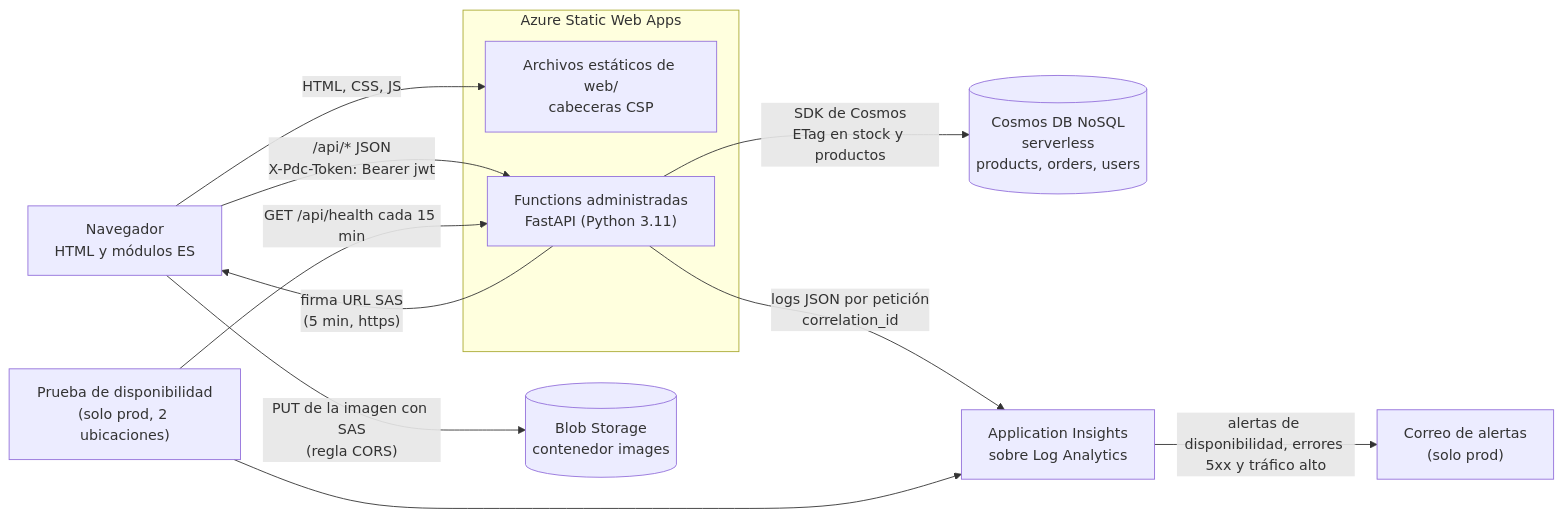
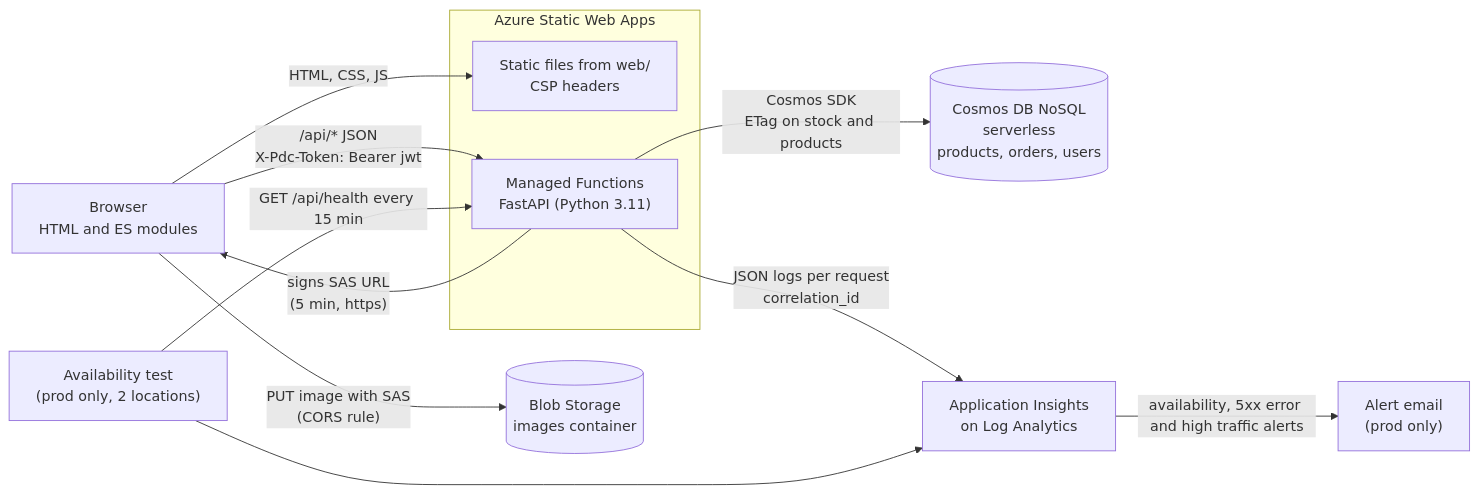
The first of 2 diagrams in docs/diagramas/architecture.md (Andr3xDev/migas-en-la-nube), drawn with Mermaid before and after one commit. The commit also changed other lines of this file and 11 other files, not shown here.

Commit message:
docs: translate diagrams to English

````diff
--- a/docs/diagramas/architecture.md
+++ b/docs/diagramas/architecture.md
@@ -5,23 +5,23 @@
 ```mermaid
 flowchart LR
-    Browser["Navegador<br/>HTML y módulos ES"]
+    Browser["Browser<br/>HTML and ES modules"]
     subgraph SWA["Azure Static Web Apps"]
-        Static["Archivos estáticos de web/<br/>cabeceras CSP"]
-        Func["Functions administradas<br/>FastAPI (Python 3.11)"]
+        Static["Static files from web/<br/>CSP headers"]
+        Func["Managed Functions<br/>FastAPI (Python 3.11)"]
     end
     Cosmos[("Cosmos DB NoSQL<br/>serverless<br/>products, orders, users")]
-    Blob[("Blob Storage<br/>contenedor images")]
-    AI["Application Insights<br/>sobre Log Analytics"]
-    Probe["Prueba de disponibilidad<br/>(solo prod, 2 ubicaciones)"]
-    Mail["Correo de alertas<br/>(solo prod)"]
+    Blob[("Blob Storage<br/>images container")]
+    AI["Application Insights<br/>on Log Analytics"]
+    Probe["Availability test<br/>(prod only, 2 locations)"]
+    Mail["Alert email<br/>(prod only)"]
 
     Browser -->|"HTML, CSS, JS"| Static
     Browser -->|"/api/* JSON<br/>X-Pdc-Token: Bearer jwt"| Func
-    Func -->|"SDK de Cosmos<br/>ETag en stock y productos"| Cosmos
-    Func -->|"firma URL SAS<br/>(5 min, https)"| Browser
-    Browser -->|"PUT de la imagen con SAS<br/>(regla CORS)"| Blob
-    Func -->|"logs JSON por petición<br/>correlation_id"| AI
-    Probe -->|"GET /api/health cada 15 min"| Func
+    Func -->|"Cosmos SDK<br/>ETag on stock and products"| Cosmos
+    Func -->|"signs SAS URL<br/>(5 min, https)"| Browser
+    Browser -->|"PUT image with SAS<br/>(CORS rule)"| Blob
+    Func -->|"JSON logs per request<br/>correlation_id"| AI
+    Probe -->|"GET /api/health every 15 min"| Func
     Probe --> AI
-    AI -->|"alertas de disponibilidad, errores 5xx y tráfico alto"| Mail
+    AI -->|"availability, 5xx error and high traffic alerts"| Mail
 ```
````
